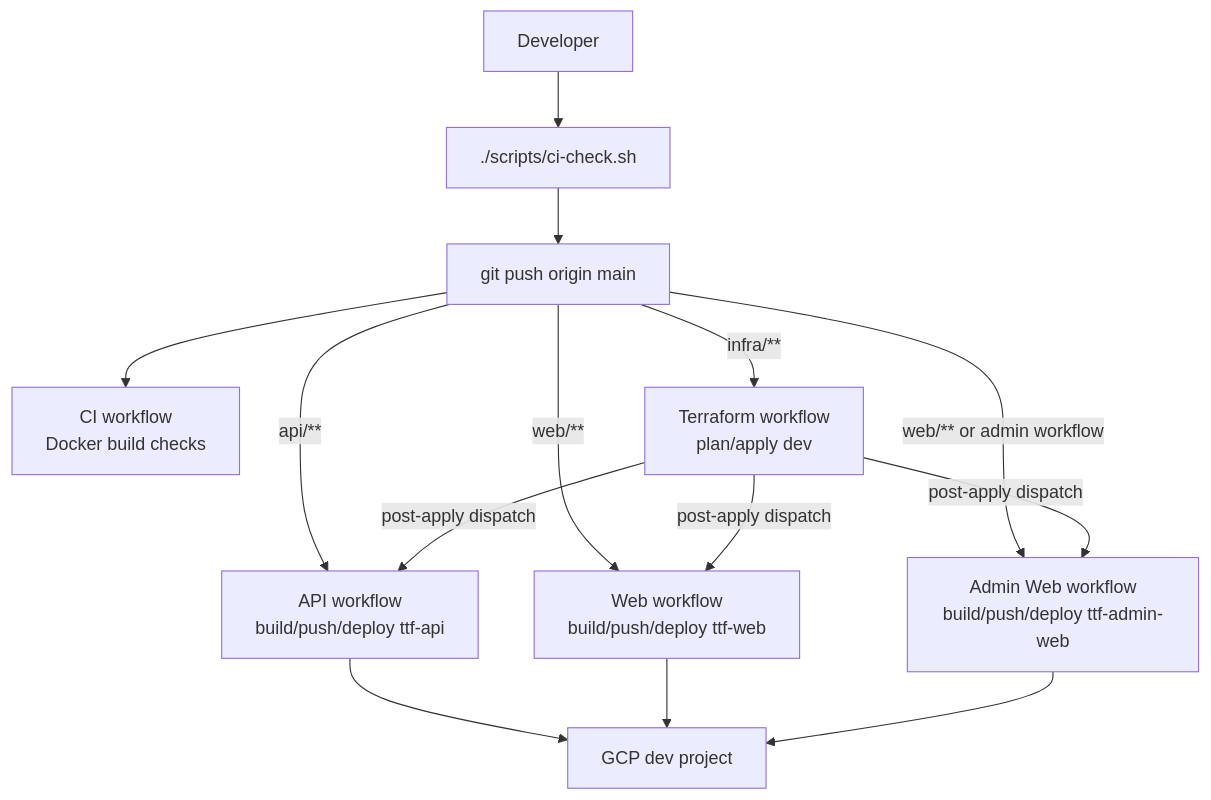
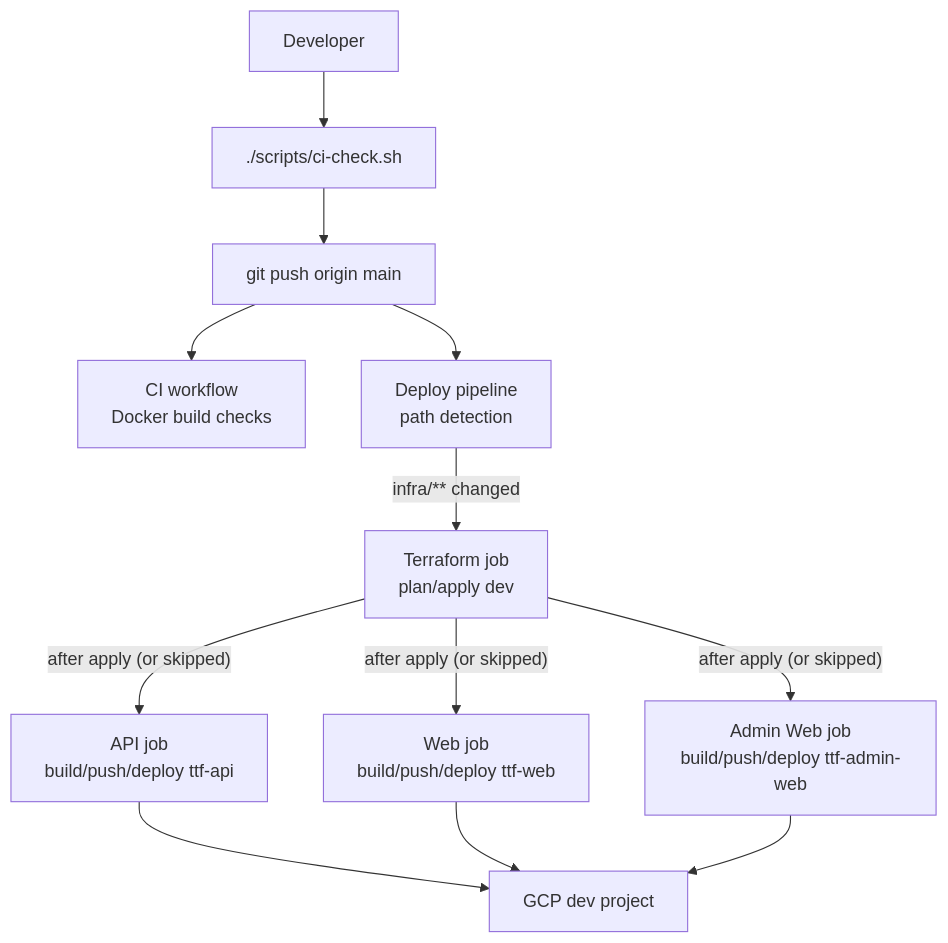
The sixth of 6 diagrams in docs/ARCHITECTURE.md (samueljoeharris/restaurant_app), drawn with Mermaid before and after one commit. The commit also changed other lines of this file and 33 other files, not shown here.

````diff
--- a/docs/ARCHITECTURE.md
+++ b/docs/ARCHITECTURE.md
@@ -353,26 +357,25 @@
 ```mermaid
 flowchart TB
     Dev[Developer]
     LocalCI[./scripts/ci-check.sh]
     Push[git push origin main]
     CI[CI workflow\nDocker build checks]
-    TF[Terraform workflow\nplan/apply dev]
-    API[API workflow\nbuild/push/deploy ttf-api]
-    Web[Web workflow\nbuild/push/deploy ttf-web]
-    Admin[Admin Web workflow\nbuild/push/deploy ttf-admin-web]
+    Pipeline[Deploy pipeline\npath detection]
+    TF[Terraform job\nplan/apply dev]
+    API[API job\nbuild/push/deploy ttf-api]
+    Web[Web job\nbuild/push/deploy ttf-web]
+    Admin[Admin Web job\nbuild/push/deploy ttf-admin-web]
     GCP[GCP dev project]
 
     Dev --> LocalCI
     LocalCI --> Push
     Push --> CI
-    Push -->|infra/**| TF
-    Push -->|api/**| API
-    Push -->|web/**| Web
-    Push -->|web/** or admin workflow| Admin
-    TF -->|post-apply dispatch| API
-    TF -->|post-apply dispatch| Web
-    TF -->|post-apply dispatch| Admin
+    Push --> Pipeline
+    Pipeline -->|infra/** changed| TF
+    TF -->|"after apply (or skipped)"| API
+    TF -->|"after apply (or skipped)"| Web
+    TF -->|"after apply (or skipped)"| Admin
     API --> GCP
     Web --> GCP
     Admin --> GCP
 ```
````
